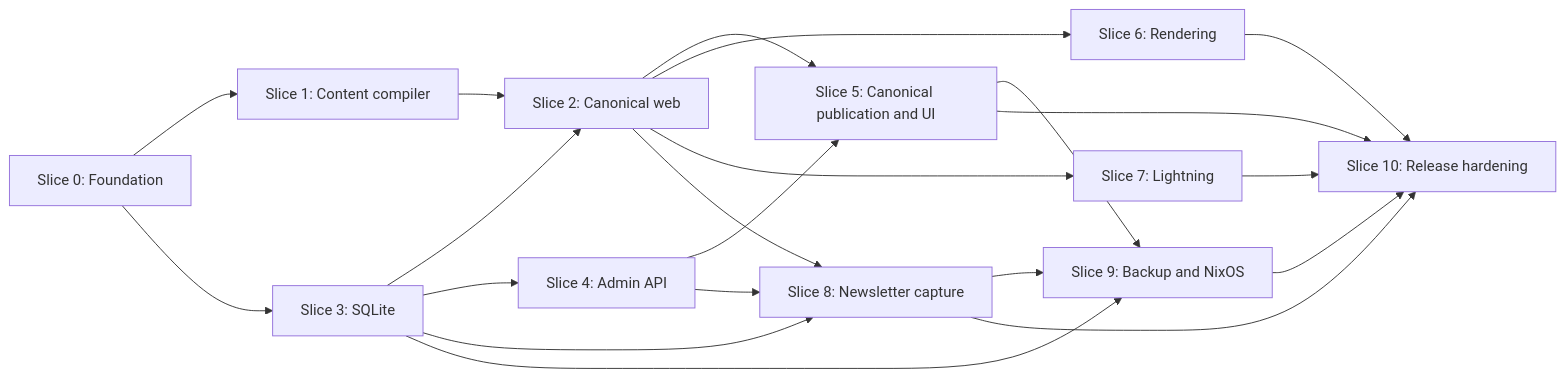
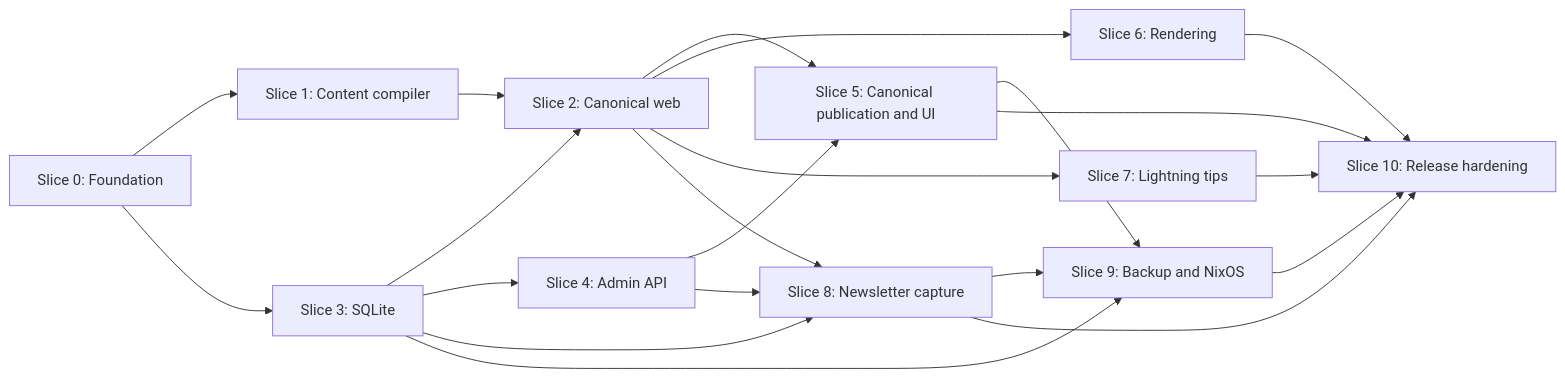
One commit to tee8z/maincopy changed the first of 3 diagrams in IMPLEMENTATION.md. Above: the diagram before and after it, drawn with Mermaid. The commit also changed other lines of this file and 2 other files, not shown here.

Commit message:
docs(payments): adopt Lexe for Lightning tips

````diff
--- a/IMPLEMENTATION.md
+++ b/IMPLEMENTATION.md
@@ -155,23 +174,23 @@
 ```mermaid
 flowchart LR
     S0[Slice 0: Foundation] --> S1[Slice 1: Content compiler]
     S0 --> S3[Slice 3: SQLite]
     S1 --> S2[Slice 2: Canonical web]
     S3 --> S2
     S3 --> S4[Slice 4: Admin API]
     S2 --> S5[Slice 5: Canonical publication and UI]
     S4 --> S5
     S2 --> S6[Slice 6: Rendering]
-    S2 --> S7[Slice 7: Lightning]
+    S2 --> S7[Slice 7: Lightning tips]
     S2 --> S8[Slice 8: Newsletter capture]
     S3 --> S8
     S4 --> S8
     S3 --> S9[Slice 9: Backup and NixOS]
     S5 --> S9
     S8 --> S9
     S5 --> S10[Slice 10: Release hardening]
     S6 --> S10
     S7 --> S10
     S8 --> S10
     S9 --> S10
 ```
````
